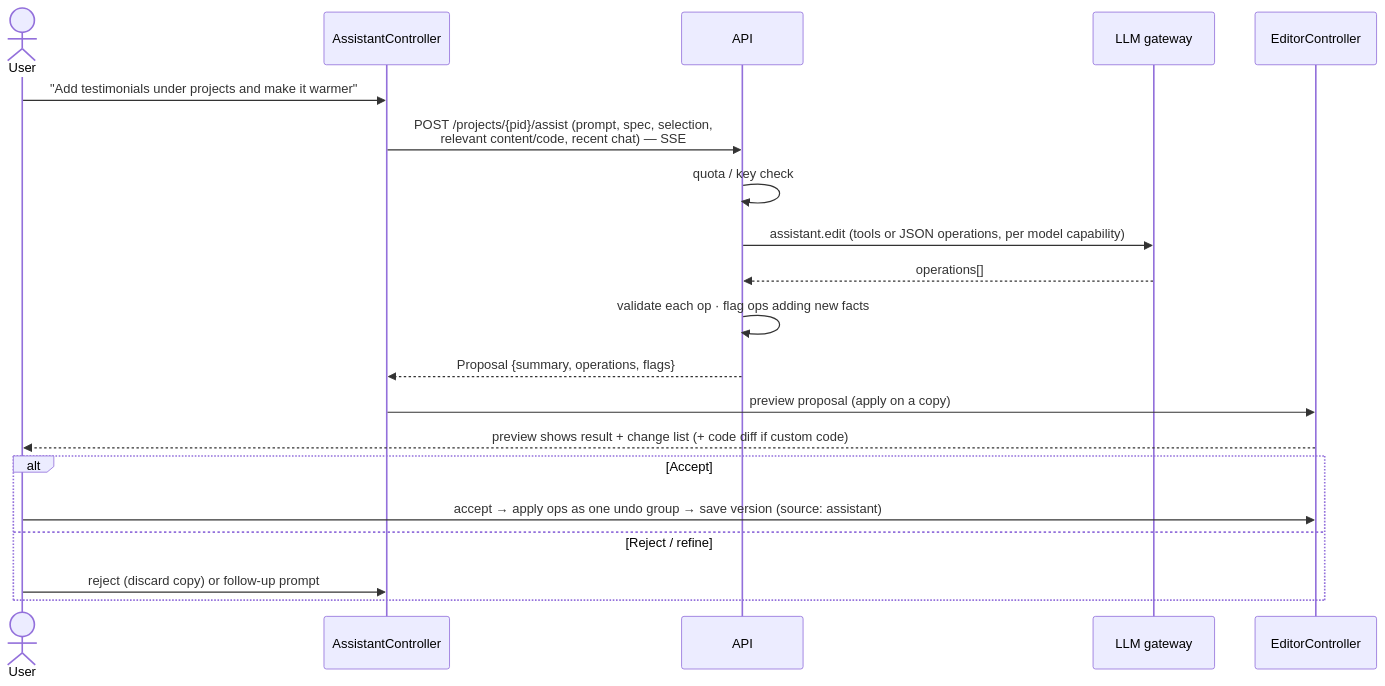
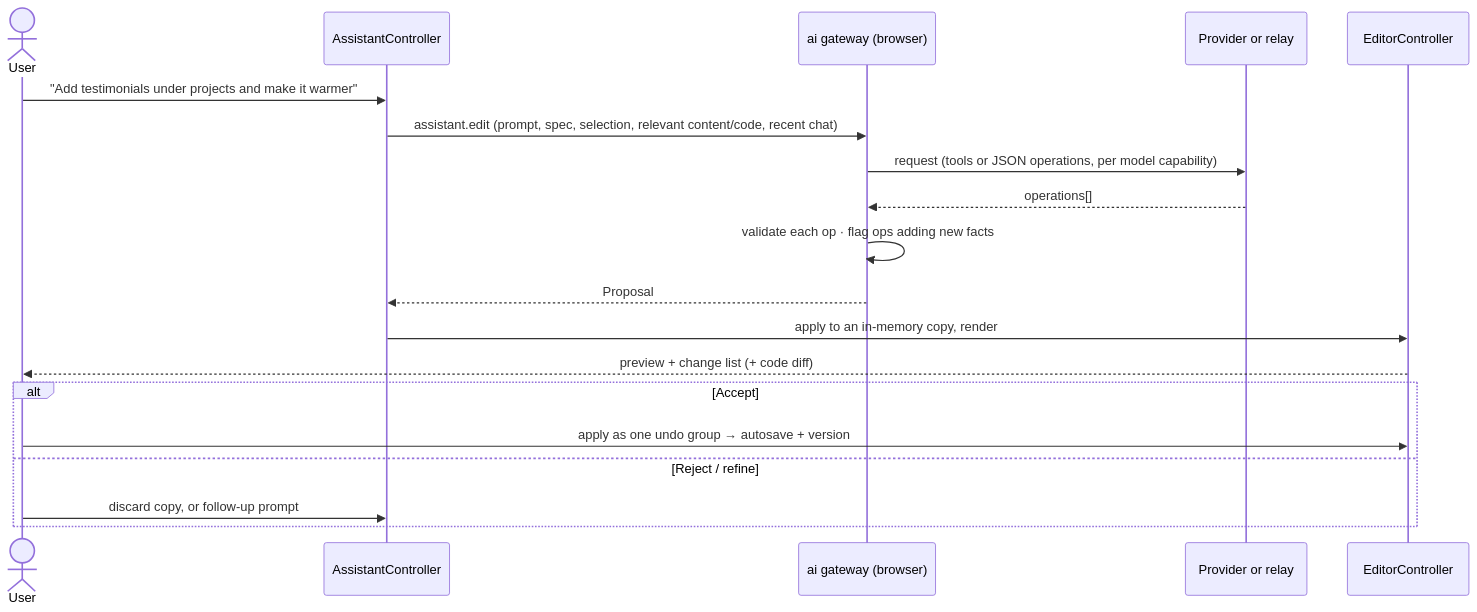
One commit to iamsanuponnulli-hue/PORTFOLIO-BUILDER changed diagram 12 of 17 in docs/ARCHITECTURE.md. Above: the diagram before and after it, drawn with Mermaid. The commit also changed other lines of this file and 1 other file, not shown here.

First line of the commit message:
Plan: thin server, browser-heavy processing, extension, device-only keys, OpenRouter sign-in

````diff
--- a/docs/ARCHITECTURE.md
+++ b/docs/ARCHITECTURE.md
@@ -445,22 +473,21 @@
 ```mermaid
 sequenceDiagram
   actor U as User
-  participant App as AssistantController
-  participant API
-  participant GW as LLM gateway
+  participant AS as AssistantController
+  participant GW as ai gateway (browser)
+  participant P as Provider or relay
   participant EC as EditorController
-  U->>App: "Add testimonials under projects and make it warmer"
-  App->>API: POST /projects/{pid}/assist (prompt, spec, selection,<br/>relevant content/code, recent chat) — SSE
-  API->>API: quota / key check
-  API->>GW: assistant.edit (tools or JSON operations, per model capability)
-  GW-->>API: operations[]
-  API->>API: validate each op · flag ops adding new facts
-  API-->>App: Proposal {summary, operations, flags}
-  App->>EC: preview proposal (apply on a copy)
-  EC-->>U: preview shows result + change list (+ code diff if custom code)
+  U->>AS: "Add testimonials under projects and make it warmer"
+  AS->>GW: assistant.edit (prompt, spec, selection, relevant content/code, recent chat)
+  GW->>P: request (tools or JSON operations, per model capability)
+  P-->>GW: operations[]
+  GW->>GW: validate each op · flag ops adding new facts
+  GW-->>AS: Proposal
+  AS->>EC: apply to an in-memory copy, render
+  EC-->>U: preview + change list (+ code diff)
   alt Accept
-    U->>EC: accept → apply ops as one undo group → save version (source: assistant)
+    U->>EC: apply as one undo group → autosave + version
   else Reject / refine
-    U->>App: reject (discard copy) or follow-up prompt
+    U->>AS: discard copy, or follow-up prompt
   end
 ```
````
